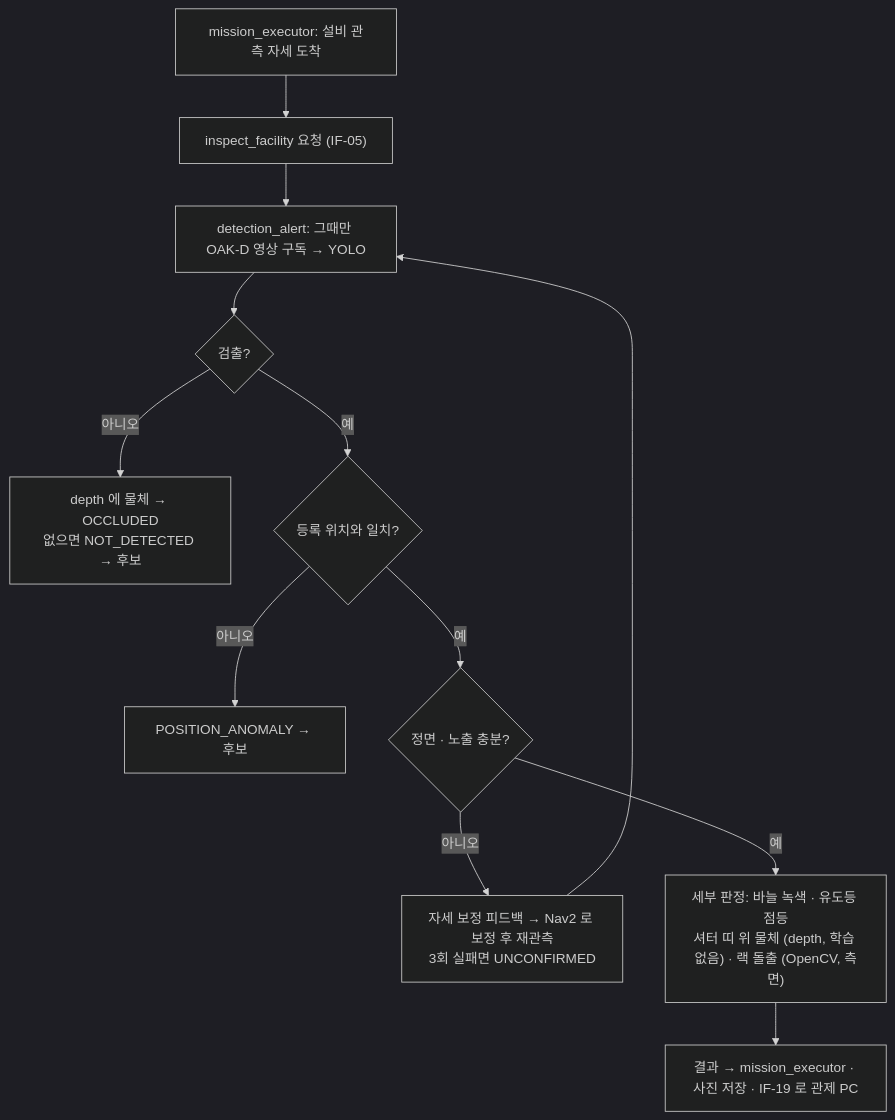
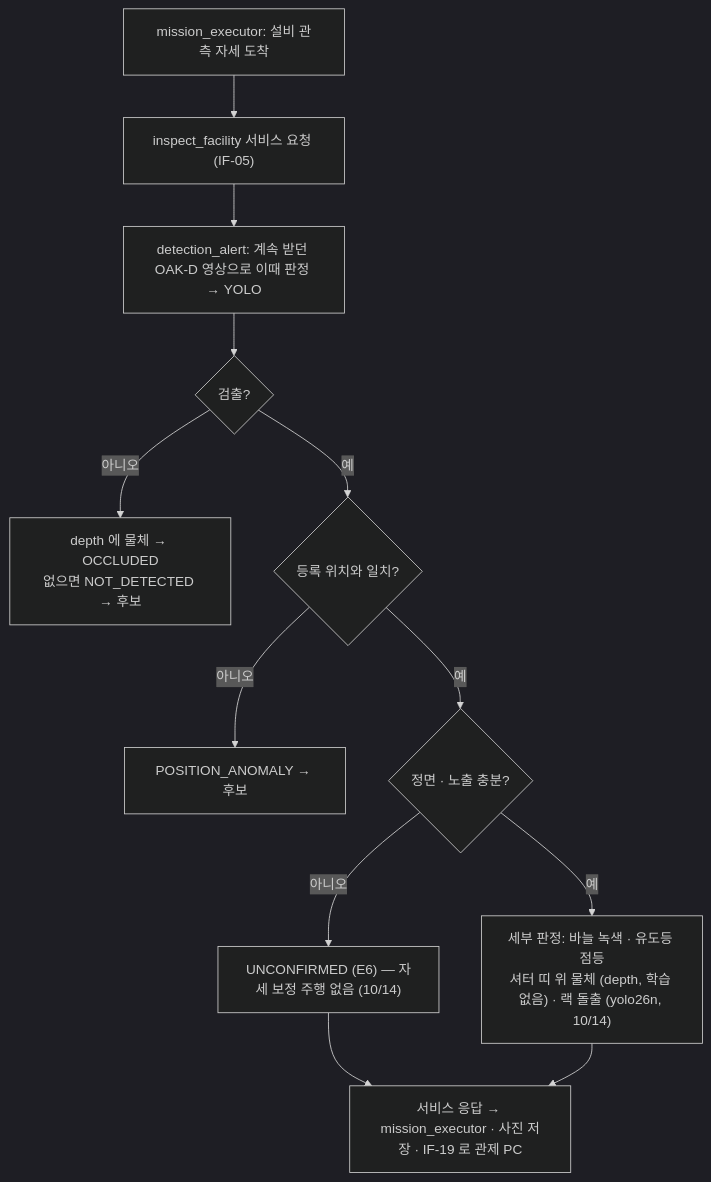
One commit to HJAE99/B_0102_Final_Project-archive changed the fourth of 4 diagrams in docs/deliverables/process_flow.md. Above: the diagram before and after it, drawn with Mermaid (dark theme). The commit also changed other lines of this file and 16 other files, not shown here.

````diff
--- a/docs/deliverables/process_flow.md
+++ b/docs/deliverables/process_flow.md
@@ -78,14 +78,14 @@
 ```mermaid
 flowchart TD
-  A["mission_executor: 설비 관측 자세 도착"] --> B["inspect_facility 요청 (IF-05)"]
-  B --> C["detection_alert: 그때만 OAK-D 영상 구독 → YOLO"]
+  A["mission_executor: 설비 관측 자세 도착"] --> B["inspect_facility 서비스 요청 (IF-05)"]
+  B --> C["detection_alert: 계속 받던 OAK-D 영상으로 이때 판정 → YOLO"]
   C --> D{"검출?"}
   D -- 아니오 --> D1["depth 에 물체 → OCCLUDED<br>없으면 NOT_DETECTED → 후보"]
   D -- 예 --> E{"등록 위치와 일치?"}
   E -- 아니오 --> E1["POSITION_ANOMALY → 후보"]
   E -- 예 --> F{"정면 · 노출 충분?"}
-  F -- 아니오 --> F1["자세 보정 피드백 → Nav2 로 보정 후 재관측<br>3회 실패면 UNCONFIRMED"]
-  F1 --> C
-  F -- 예 --> G["세부 판정: 바늘 녹색 · 유도등 점등<br>셔터 띠 위 물체 (depth, 학습 없음) · 랙 돌출 (OpenCV, 측면)"]
-  G --> H["결과 → mission_executor · 사진 저장 · IF-19 로 관제 PC"]
+  F -- 아니오 --> F1["UNCONFIRMED (E6) — 자세 보정 주행 없음 (10/14)"]
+  F1 --> H
+  F -- 예 --> G["세부 판정: 바늘 녹색 · 유도등 점등<br>셔터 띠 위 물체 (depth, 학습 없음) · 랙 돌출 (yolo26n, 10/14)"]
+  G --> H["서비스 응답 → mission_executor · 사진 저장 · IF-19 로 관제 PC"]
 ```
````
